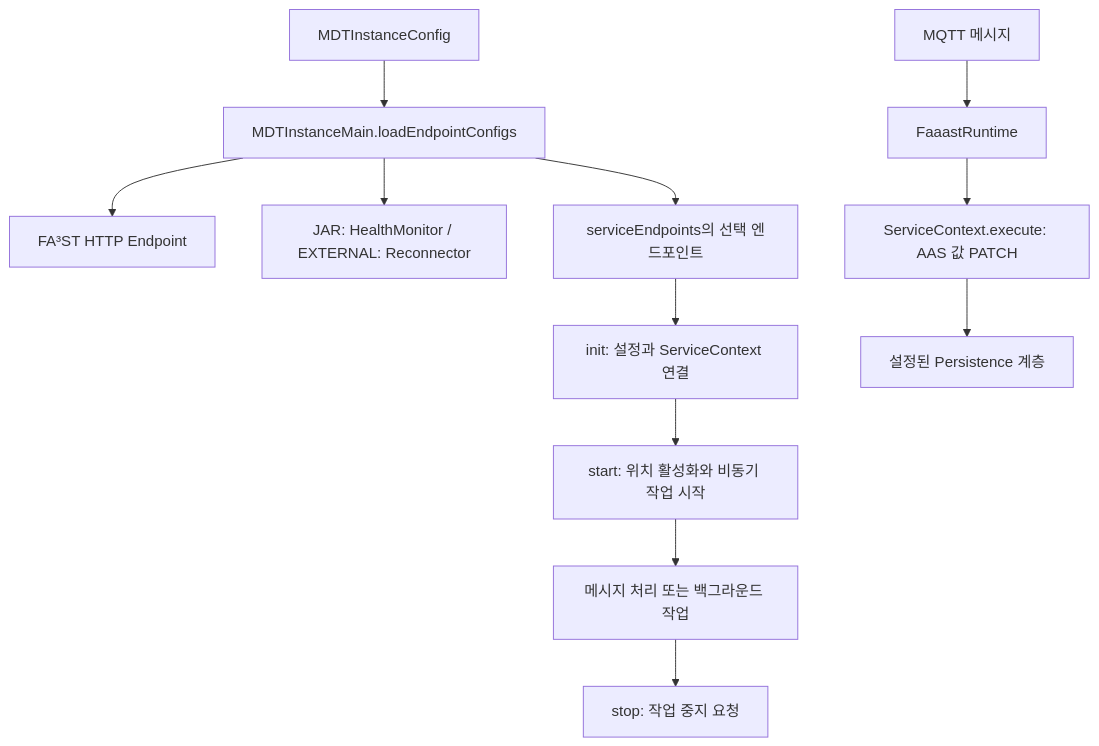
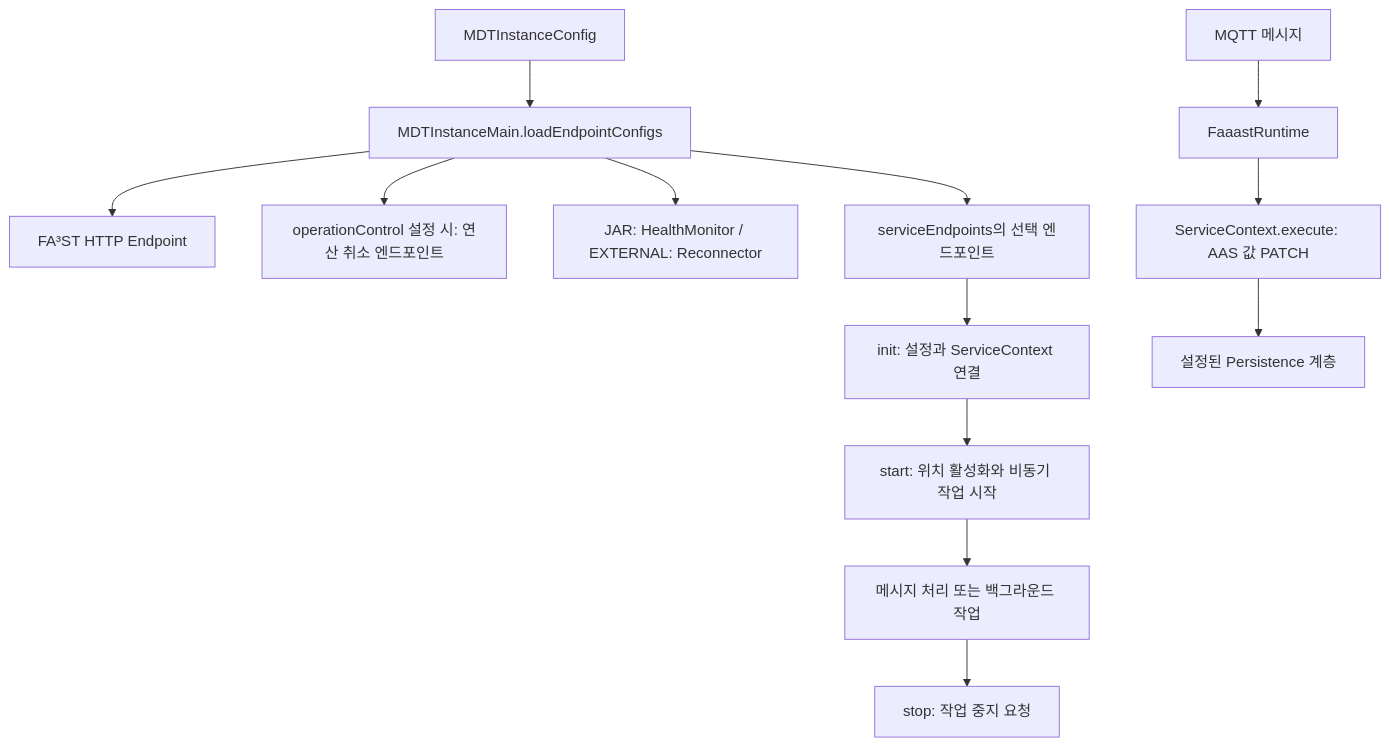
Before and after one commit to kwlee0220/mdt-instance: the first of 8 diagrams in src/main/java/mdt/endpoint/README.md, drawn with Mermaid. The commit also changed other lines of this file and 69 other files, not shown here.

````diff
--- a/src/main/java/mdt/endpoint/README.md
+++ b/src/main/java/mdt/endpoint/README.md
@@ -38,14 +40,15 @@
 ```mermaid
 flowchart TD
     C[MDTInstanceConfig] --> L[MDTInstanceMain.loadEndpointConfigs]
     L --> H[FA³ST HTTP Endpoint]
+    L --> O[operationControl 설정 시: 연산 취소 엔드포인트]
     L --> M[JAR: HealthMonitor / EXTERNAL: Reconnector]
     L --> E[serviceEndpoints의 선택 엔드포인트]
     E --> I[init: 설정과 ServiceContext 연결]
     I --> S[start: 위치 활성화와 비동기 작업 시작]
     S --> R[메시지 처리 또는 백그라운드 작업]
     R --> T[stop: 작업 중지 요청]
     Q[MQTT 메시지] --> F[FaaastRuntime]
     F --> P[ServiceContext.execute: AAS 값 PATCH]
     P --> V[설정된 Persistence 계층]
 ```
````
